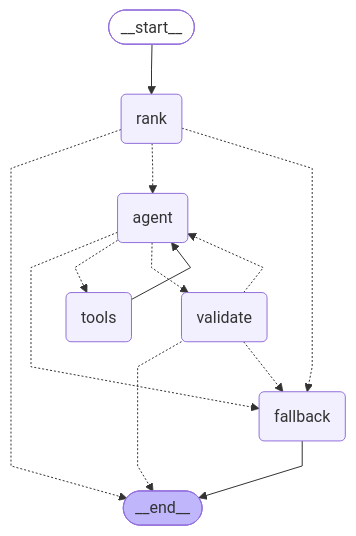
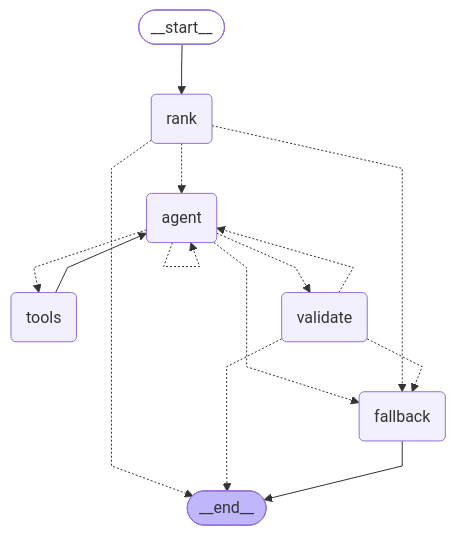
One commit to InnoxCodes/fault-line changed the diagram in faultline_langgraph/README.md. Above: the diagram before and after it, drawn with Mermaid. The commit also changed other lines of this file and 2 other files, not shown here.

First line of the commit message:
Planner agent: survive what a live model actually does

````diff
--- a/faultline_langgraph/README.md
+++ b/faultline_langgraph/README.md
@@ -77,30 +79,31 @@
 ```mermaid
 ---
 config:
   flowchart:
     curve: linear
 ---
 graph TD;
 	__start__([<p>__start__</p>]):::first
 	rank(rank)
 	agent(agent)
 	tools(tools)
 	validate(validate)
 	fallback(fallback)
 	__end__([<p>__end__</p>]):::last
 	__start__ --> rank;
 	agent -.-> fallback;
 	agent -.-> tools;
 	agent -.-> validate;
 	rank -.-> __end__;
 	rank -.-> agent;
 	rank -.-> fallback;
 	tools --> agent;
 	validate -.-> __end__;
 	validate -.-> agent;
 	validate -.-> fallback;
 	fallback --> __end__;
+	agent -.-> agent;
 	classDef default fill:#f2f0ff,line-height:1.2
 	classDef first fill-opacity:0
 	classDef last fill:#bfb6fc
 ```
````
